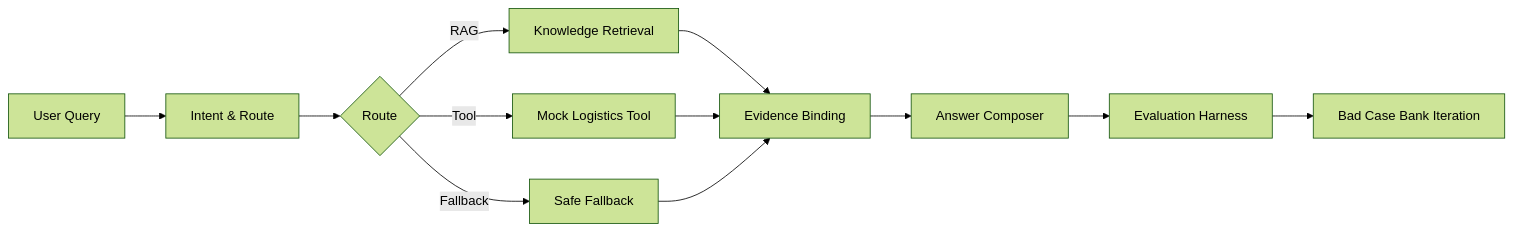
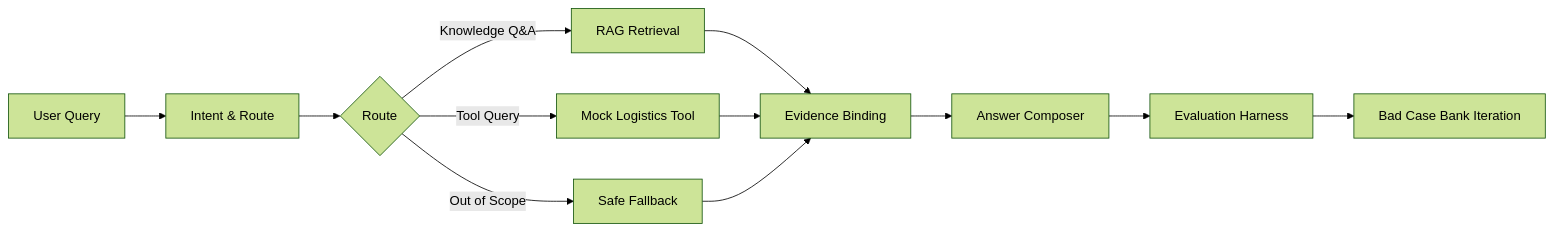
The diagram in README.en.md (Strange-Men/CustomerOpsAgent), drawn with Mermaid (forest theme) before and after one commit. The commit also changed other lines of this file and 4 other files, not shown here.

````diff
--- a/README.en.md
+++ b/README.en.md
@@ -123,14 +119,14 @@
 ```mermaid
 flowchart LR
   A[User Query] --> B[Intent & Route]
   B --> C{Route}
-  C -->|RAG| D[Knowledge Retrieval]
-  C -->|Tool| E[Mock Logistics Tool]
-  C -->|Fallback| F[Safe Fallback]
+  C -->|Knowledge Q&A| D[RAG Retrieval]
+  C -->|Tool Query| E[Mock Logistics Tool]
+  C -->|Out of Scope| F[Safe Fallback]
   D --> G[Evidence Binding]
   E --> G
   F --> G
   G --> H[Answer Composer]
   H --> I[Evaluation Harness]
   I --> J[Bad Case Bank Iteration]
 ```
````
